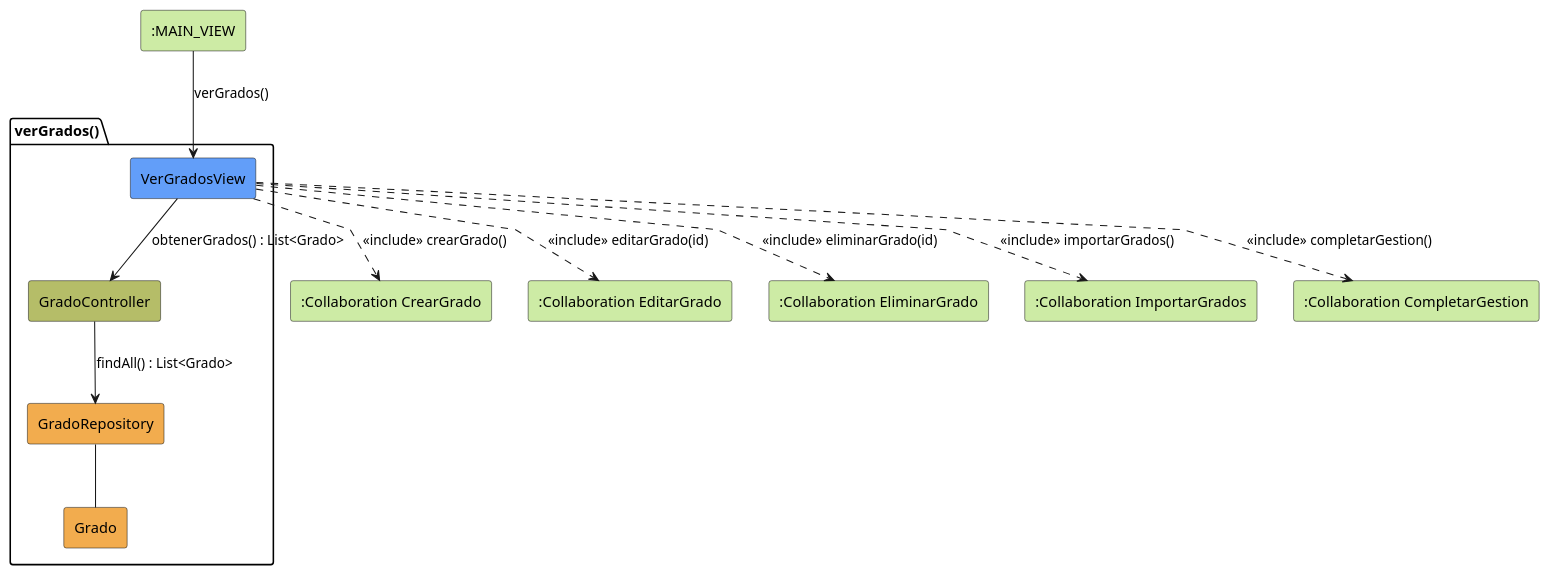
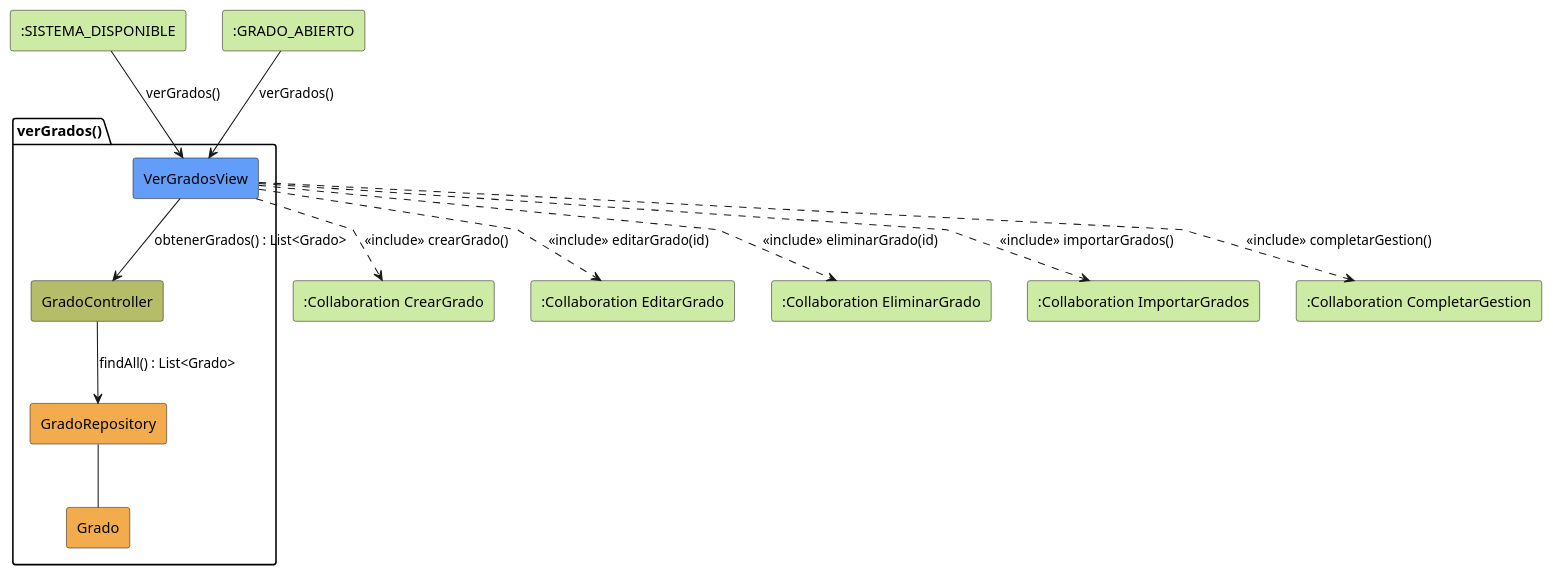
The diagram in modelosUML/analisis/verGrados/colaboracion.puml (Pareyor/25-26-idsw2-sdVC), drawn with PlantUML before and after one commit. The commit also changed 1 other file, not shown here.

Commit message:
fix: corrige un detalle en verGrados

```diff
--- a/modelosUML/analisis/verGrados/colaboracion.puml
+++ b/modelosUML/analisis/verGrados/colaboracion.puml
@@ -1,32 +1,34 @@
 @startuml verGrados-analisis
 skinparam linetype polyline
 
-rectangle #CDEBA5 ":MAIN_VIEW" as MainView
+rectangle #CDEBA5 ":SISTEMA_DISPONIBLE" as SistemaDisponible
+rectangle #CDEBA5 ":GRADO_ABIERTO" as GradoAbierto
 rectangle #CDEBA5 ":Collaboration CrearGrado" as CrearGrado
 rectangle #CDEBA5 ":Collaboration EditarGrado" as EditarGrado
 rectangle #CDEBA5 ":Collaboration EliminarGrado" as EliminarGrado
 rectangle #CDEBA5 ":Collaboration ImportarGrados" as ImportarGrados
 rectangle #CDEBA5 ":Collaboration CompletarGestion" as CompletarGestion
 
 package verGrados as "verGrados()" {
     rectangle #629EF9 VerGradosView
     rectangle #b5bd68 GradoController
     rectangle #F2AC4E GradoRepository
     rectangle #F2AC4E Grado
 }
 
-MainView --> VerGradosView: verGrados()
+SistemaDisponible --> VerGradosView: verGrados()
+GradoAbierto --> VerGradosView: verGrados()
 
 VerGradosView -d-> GradoController: obtenerGrados() : List<Grado>
 
 GradoController --> GradoRepository: findAll() : List<Grado>
 
 GradoRepository -- Grado
 
 VerGradosView ..> CrearGrado: <<include>> crearGrado()
 VerGradosView ..> EditarGrado: <<include>> editarGrado(id)
 VerGradosView ..> EliminarGrado: <<include>> eliminarGrado(id)
 VerGradosView ..> ImportarGrados: <<include>> importarGrados()
 VerGradosView ..> CompletarGestion: <<include>> completarGestion()
 
 @enduml
```
